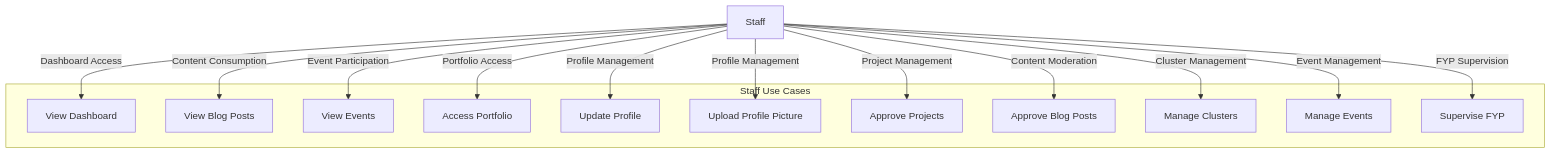
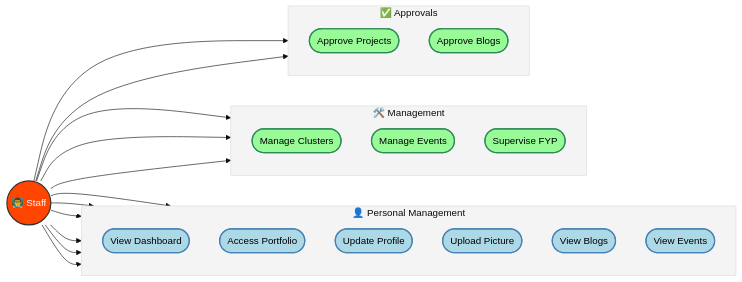
One commit to Abdulhalim7177/fyb.swebuk changed the diagram in app/dashboard/staff/README.md. Above: the diagram before and after it, drawn with Mermaid. The commit also changed 4 other files, not shown here.

Commit message:
Add role-based READMEs with styled horizontal Mermaid diagrams and use case tables.

````diff
--- a/app/dashboard/staff/README.md
+++ b/app/dashboard/staff/README.md
@@ -8,29 +8,48 @@
 ```mermaid
-%%{init: {'theme': 'default'}}%%
-graph TB
-    subgraph "Staff Use Cases"
-        UC3[View Dashboard]
-        UC10[View Blog Posts]
-        UC11[View Events]
-        UC13[Access Portfolio]
-        UC14[Update Profile]
-        UC15[Upload Profile Picture]
-        UC18[Approve Projects]
-        UC19[Approve Blog Posts]
-        UC20[Manage Clusters]
-        UC21[Manage Events]
-        UC22[Supervise FYP]
+%%{init: {'theme': 'base', 'themeVariables': { 'primaryColor': '#ADD8E6', 'edgeLabelBackground':'#ffffff', 'tertiaryColor': '#f4f4f4'}}}%%
+graph LR
+    %% Styles
+    classDef actor fill:#FF4500,stroke:#333,stroke-width:2px,color:white,font-size:16px;
+    classDef usecase fill:#ADD8E6,stroke:#4682B4,stroke-width:2px,color:black,rx:10,ry:10;
+    classDef manage fill:#98FB98,stroke:#2E8B57,stroke-width:2px,color:black,rx:10,ry:10;
+
+    %% Actor
+    Staff(("👨‍🏫 Staff")):::actor
+
+    %% Use Cases
+    subgraph Personal ["👤 Personal Management"]
+        direction TB
+        UC3(["View Dashboard"]):::usecase
+        UC13(["Access Portfolio"]):::usecase
+        UC14(["Update Profile"]):::usecase
+        UC15(["Upload Picture"]):::usecase
+        UC10(["View Blogs"]):::usecase
+        UC11(["View Events"]):::usecase
     end
 
-    Staff -- "Dashboard Access" --> UC3
-    Staff -- "Content Consumption" --> UC10
-    Staff -- "Event Participation" --> UC11
-    Staff -- "Portfolio Access" --> UC13
-    Staff -- "Profile Management" --> UC14
-    Staff -- "Profile Management" --> UC15
-    Staff -- "Project Management" --> UC18
-    Staff -- "Content Moderation" --> UC19
-    Staff -- "Cluster Management" --> UC20
-    Staff -- "Event Management" --> UC21
-    Staff -- "FYP Supervision" --> UC22
+    subgraph Management ["🛠️ Management"]
+        direction TB
+        UC20(["Manage Clusters"]):::manage
+        UC21(["Manage Events"]):::manage
+        UC22(["Supervise FYP"]):::manage
+    end
+
+    subgraph Approvals ["✅ Approvals"]
+        direction TB
+        UC18(["Approve Projects"]):::manage
+        UC19(["Approve Blogs"]):::manage
+    end
+
+    %% Connections
+    Staff --> UC3
+    Staff --> UC10
+    Staff --> UC11
+    Staff --> UC13
+    Staff --> UC14
+    Staff --> UC15
+    Staff --> UC18
+    Staff --> UC19
+    Staff --> UC20
+    Staff --> UC21
+    Staff --> UC22
 ```
````
